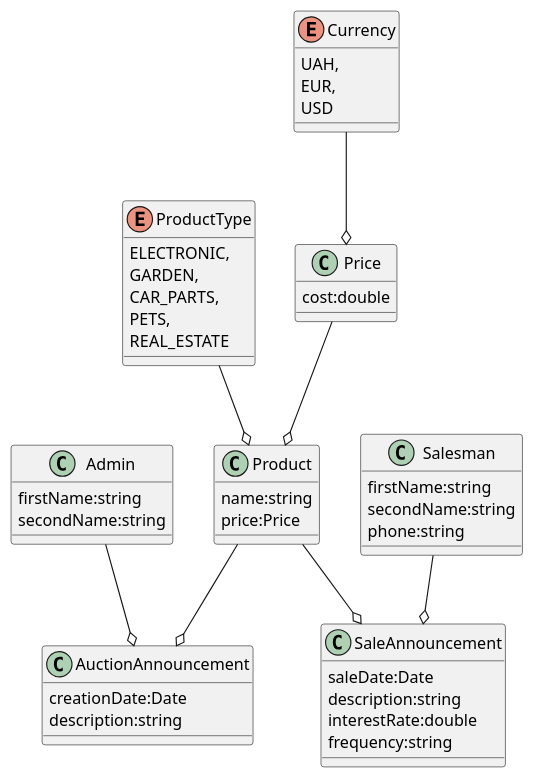
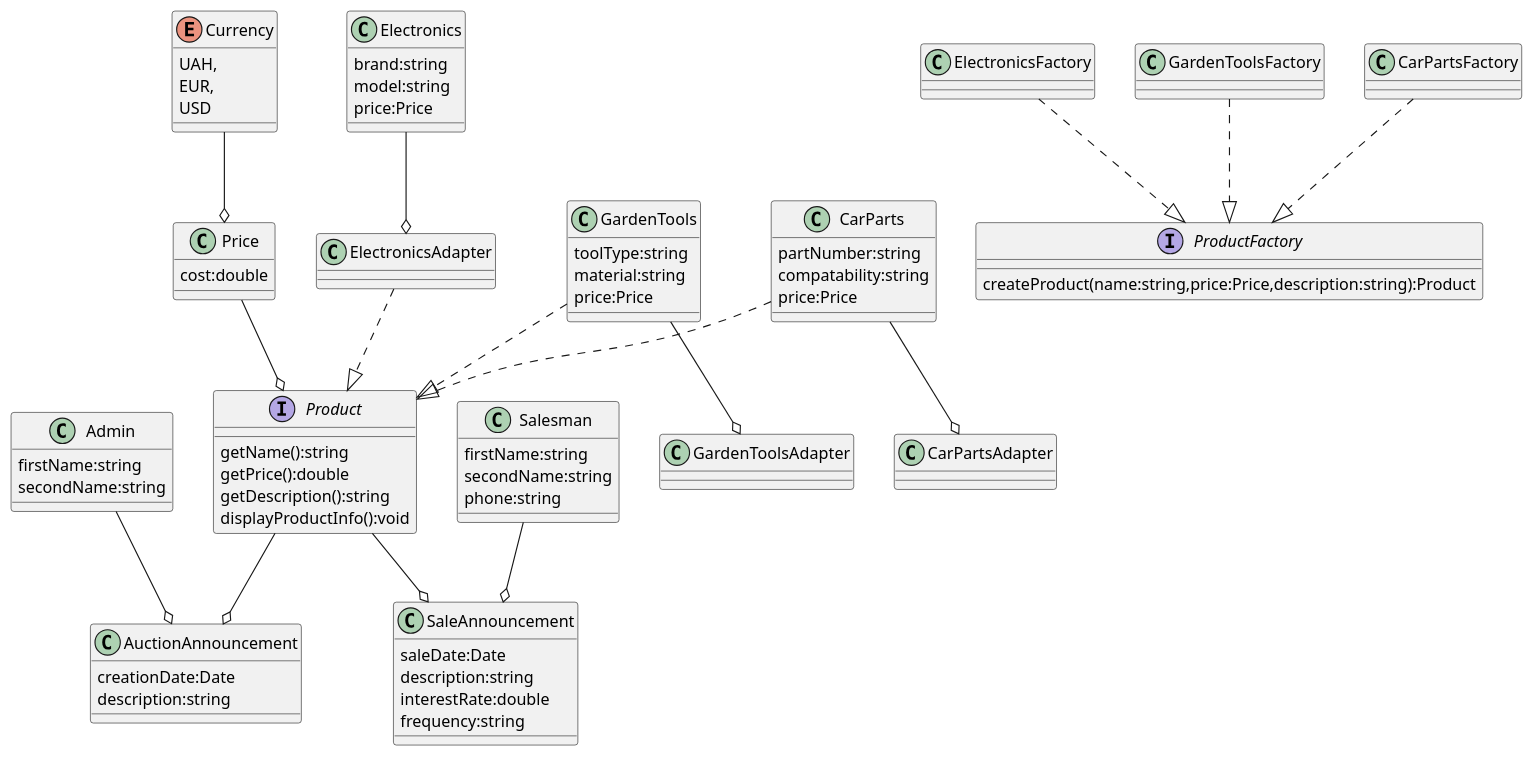
Before and after one commit to MrTorfis0017/Gleb: the diagram in Bom.puml, drawn with PlantUML.

Commit message:
[XXX] Bom update

```diff
--- a/Bom.puml
+++ b/Bom.puml
@@ -1,59 +1,99 @@
 @startuml
 'https://plantuml.com/class-diagram
-
 
 class Admin {
 firstName:string
 secondName:string
-}
-
-enum ProductType{
-ELECTRONIC,
-GARDEN,
-CAR_PARTS,
-PETS,
-REAL_ESTATE
 }
 
 enum Currency{
 UAH,
 EUR,
 USD
 }
 
 class Price{
 cost:double
 }
 
-class Product{
-name:string
+interface Product{
+getName():string
+getPrice():double
+getDescription():string
+displayProductInfo():void
+}
+
+interface ProductFactory{
+createProduct(name:string,price:Price,description:string):Product
+}
+
+class Electronics{
+brand:string
+model:string
 price:Price
+}
+
+class GardenTools{
+toolType:string
+material:string
+price:Price
+}
+
+class CarParts{
+partNumber:string
+compatability:string
+price:Price
+}
+
+class ElectronicsFactory{
+}
+
+class GardenToolsFactory{
+}
+
+class CarPartsFactory{
+}
+
+class ElectronicsAdapter{
+}
+
+class GardenToolsAdapter{
+}
+
+class CarPartsAdapter{
 }
 
 class AuctionAnnouncement{
 creationDate:Date
 description:string
 }
 
 class Salesman{
 firstName:string
 secondName:string
 phone:string
 }
 
 class SaleAnnouncement{
 saleDate:Date
 description:string
 interestRate:double
 frequency:string
 }
 
 Admin --o AuctionAnnouncement
 Product --o AuctionAnnouncement
 Currency --o Price
 Price --o Product
-ProductType --o Product
 Salesman --o SaleAnnouncement
 Product --o SaleAnnouncement
-
+Electronics --o ElectronicsAdapter
+ElectronicsAdapter ..|> Product
+GardenTools --o GardenToolsAdapter
+GardenTools ..|> Product
+CarParts --o CarPartsAdapter
+CarParts ..|> Product
+ElectronicsFactory ..|> ProductFactory
+GardenToolsFactory ..|> ProductFactory
+CarPartsFactory ..|> ProductFactory
 @enduml
```
